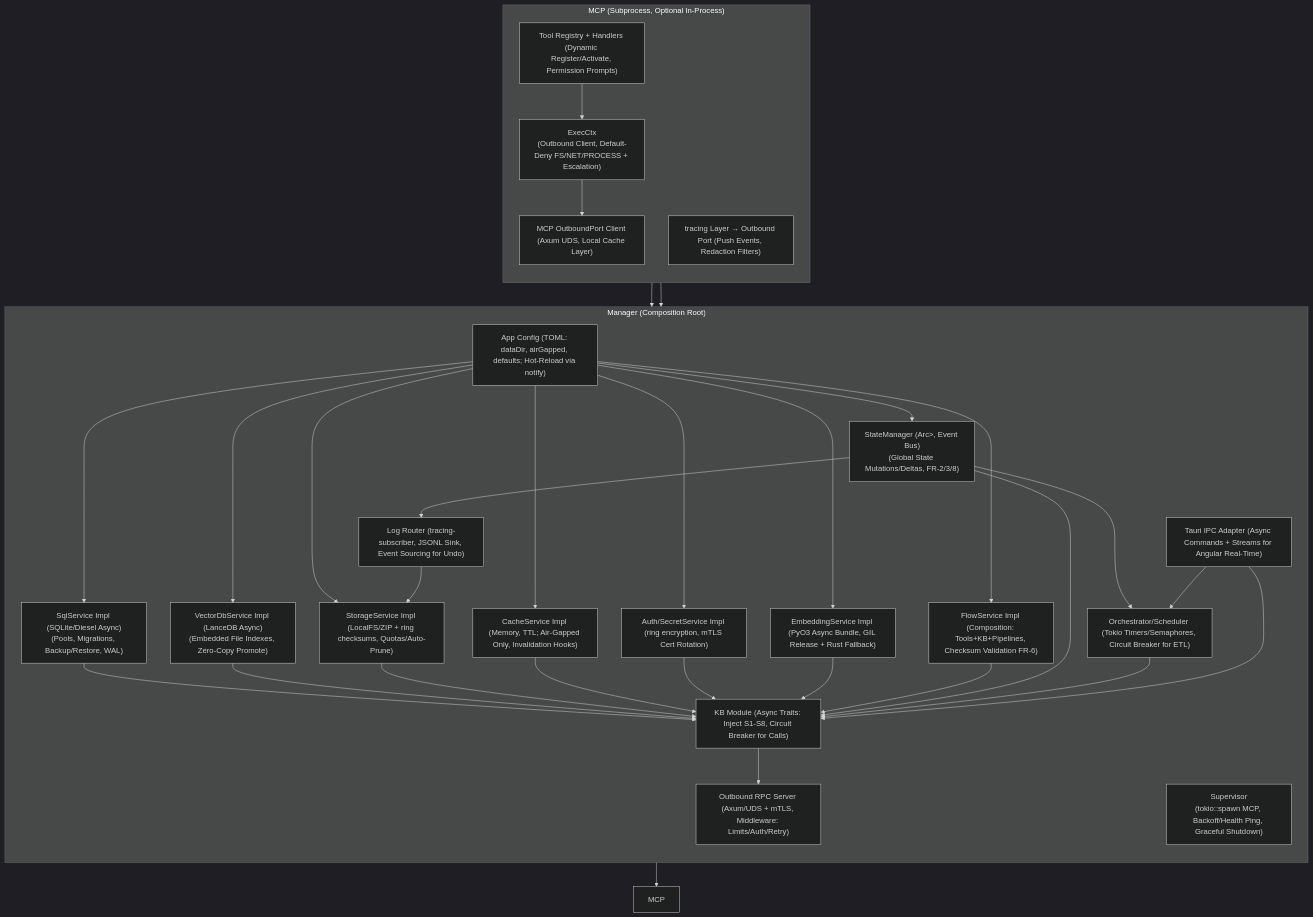
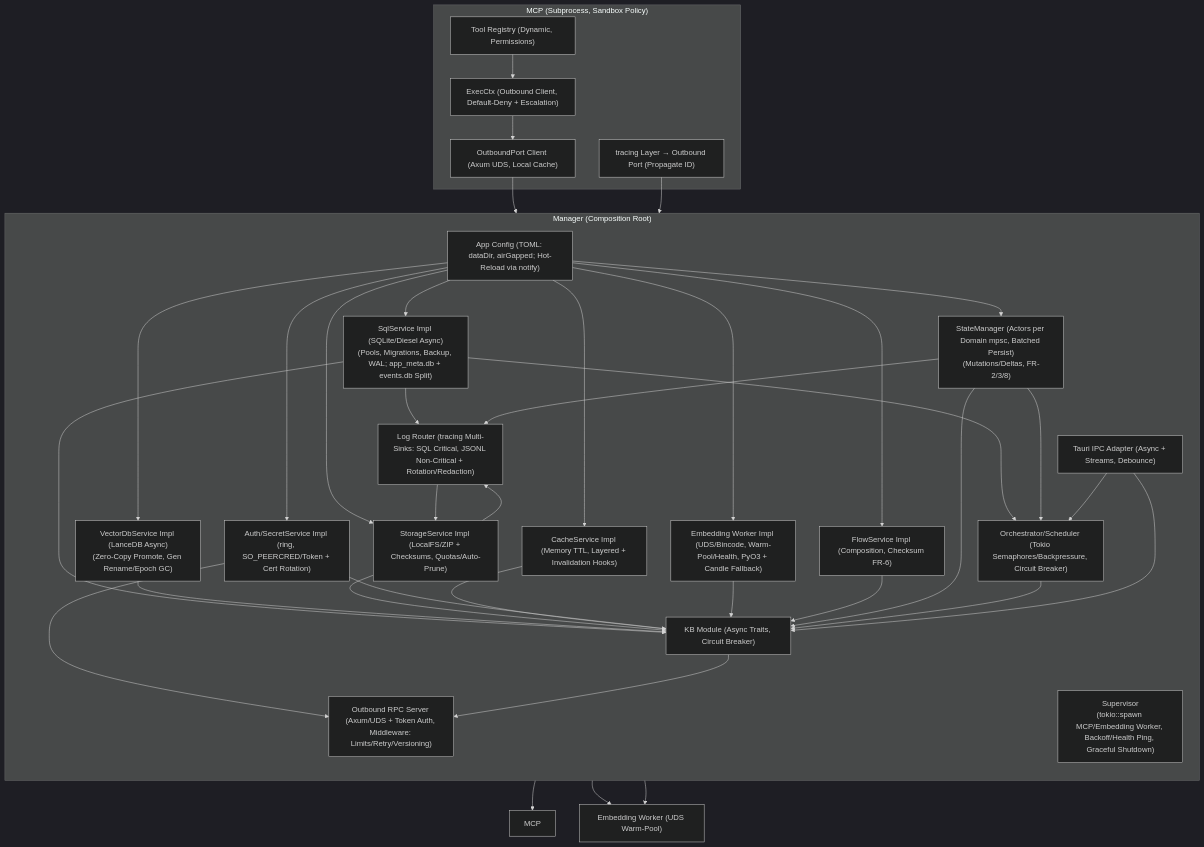
Before and after one commit to tamvcspk/rag-studio: the fourth of 6 diagrams in docs/CORE_DESIGN.md, drawn with Mermaid (dark theme). The commit also changed other lines of this file, not shown here.

````diff
--- a/docs/CORE_DESIGN.md
+++ b/docs/CORE_DESIGN.md
@@ -185,64 +187,53 @@
 ```mermaid
 graph TB
   subgraph "Manager (Composition Root)"
     direction TB
-    Cfg["App Config (TOML: dataDir, airGapped, defaults; Hot-Reload via notify)"]
-    S1["SqlService Impl (SQLite/Diesel Async)<br />(Pools, Migrations, Backup/Restore, WAL)"]
-    S2["VectorDbService Impl (LanceDB Async)<br />(Embedded File Indexes, Zero-Copy Promote)"]
-    S3["StorageService Impl (LocalFS/ZIP + ring checksums, Quotas/Auto-Prune)"]
-    S4["CacheService Impl (Memory, TTL; Air-Gapped Only, Invalidation Hooks)"]
-    S5["Auth/SecretService Impl (ring encryption, mTLS Cert Rotation)"]
-    S6["EmbeddingService Impl (PyO3 Async Bundle, GIL Release + Rust Fallback)"]
-    S7["FlowService Impl (Composition: Tools+KB+Pipelines, Checksum Validation FR-6)"]
-    S8["StateManager (Arc<RwLock<AppState>>, Event Bus)<br />(Global State Mutations/Deltas, FR-2/3/8)"]
-    KBMod["KB Module (Async Traits: Inject S1-S8, Circuit Breaker for Calls)"]
-    ORPC["Outbound RPC Server (Axum/UDS + mTLS, Middleware: Limits/Auth/Retry)"]
-    ORCH["Orchestrator/Scheduler (Tokio Timers/Semaphores, Circuit Breaker for ETL)"]
-    LOGR["Log Router (tracing-subscriber, JSONL Sink, Event Sourcing for Undo)"]
-    SUP["Supervisor<br />(tokio::spawn MCP, Backoff/Health Ping, Graceful Shutdown)"]
-    UI["Tauri IPC Adapter (Async Commands + Streams for Angular Real-Time)"]
+    Cfg["App Config (TOML: dataDir, airGapped; Hot-Reload via notify)"]
+    S1["SqlService Impl (SQLite/Diesel Async)<br />(Pools, Migrations, Backup, WAL; app_meta.db + events.db Split)"]
+    S2["VectorDbService Impl (LanceDB Async)<br />(Zero-Copy Promote, Gen Rename/Epoch GC)"]
+    S3["StorageService Impl (LocalFS/ZIP + Checksums, Quotas/Auto-Prune)"]
+    S4["CacheService Impl (Memory TTL, Layered + Invalidation Hooks)"]
+    S5["Auth/SecretService Impl (ring, SO_PEERCRED/Token + Cert Rotation)"]
+    S6["Embedding Worker Impl (UDS/Bincode, Warm-Pool/Health, PyO3 + Candle Fallback)"]
+    S7["FlowService Impl (Composition, Checksum FR-6)"]
+    S8["StateManager (Actors per Domain mpsc, Batched Persist)<br />(Mutations/Deltas, FR-2/3/8)"]
+    KBMod["KB Module (Async Traits, Circuit Breaker)"]
+    ORPC["Outbound RPC Server (Axum/UDS + Token Auth, Middleware: Limits/Retry/Versioning)"]
+    ORCH["Orchestrator/Scheduler (Tokio Semaphores/Backpressure, Circuit Breaker)"]
+    LOGR["Log Router (tracing Multi-Sinks: SQL Critical, JSONL Non-Critical + Rotation/Redaction)"]
+    SUP["Supervisor<br />(tokio::spawn MCP/Embedding Worker, Backoff/Health Ping, Graceful Shutdown)"]
+    UI["Tauri IPC Adapter (Async + Streams, Debounce)"]
   end
 
-  subgraph "MCP (Subprocess, Optional In-Process)"
-    direction TB
-    Tools["Tool Registry + Handlers (Dynamic Register/Activate, Permission Prompts)"]
-    Ctx["ExecCtx<br />(Outbound Client, Default-Deny FS/NET/PROCESS + Escalation)"]
-    ORPCC["MCP OutboundPort Client (Axum UDS, Local Cache Layer)"]
-    LOGM["tracing Layer → Outbound Port (Push Events, Redaction Filters)"]
+  subgraph "MCP (Subprocess, Sandbox Policy)"
+    Tools["Tool Registry (Dynamic, Permissions)"]
+    Ctx["ExecCtx (Outbound Client, Default-Deny + Escalation)"]
+    ORPCC["OutboundPort Client (Axum UDS, Local Cache)"]
+    LOGM["tracing Layer → Outbound Port (Propagate ID)"]
   end
 
   %% DI injections
-  Cfg --> S1
-  Cfg --> S2
-  Cfg --> S3
-  Cfg --> S4
-  Cfg --> S5
-  Cfg --> S6
-  Cfg --> S7
-  Cfg --> S8
-  S1 --> KBMod
+  Cfg --> S1 & S2 & S3 & S4 & S5 & S6 & S7 & S8
+  S1 --> KBMod & ORCH & LOGR
   S2 --> KBMod
-  S3 --> KBMod
+  S3 --> KBMod & LOGR
   S4 --> KBMod
-  S5 --> KBMod
+  S5 --> KBMod & ORPC
   S6 --> KBMod
   S7 --> KBMod
-  S8 --> KBMod
-  S8 --> ORCH
-  S8 --> LOGR
+  S8 --> KBMod & ORCH & LOGR
   KBMod --> ORPC
   ORCH --> KBMod
   LOGR --> S3
   SUP --> MCP
   Tools --> Ctx
   Ctx --> ORPCC
   ORPCC --> ORPC
   LOGM --> ORPC
-  UI --> KBMod
-  UI --> ORCH
+  UI --> KBMod & ORCH
+  %% Embedding Worker
+  SUP --> EmbeddingWorker["Embedding Worker (UDS Warm-Pool)"]
+  S6 --> EmbeddingWorker
   %% Comments
-  %% Hot-reload via notify crate for config updates
-  %% Circuit breaker (tower) for resilience
-  %% Async traits (async_trait) for non-blocking DI
-  %% StateManager injected for shared read/write
+  %% Circuit breaker (tower), async traits, State actors for low contention
 ```
````
